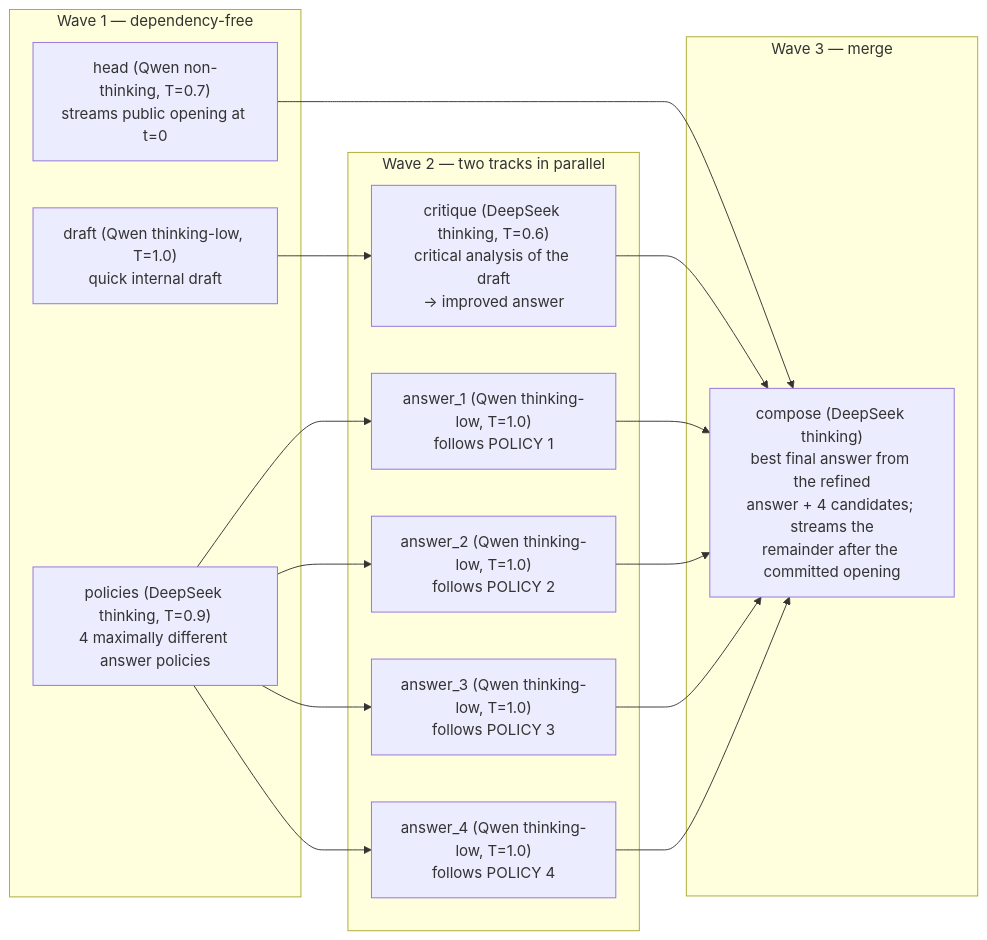
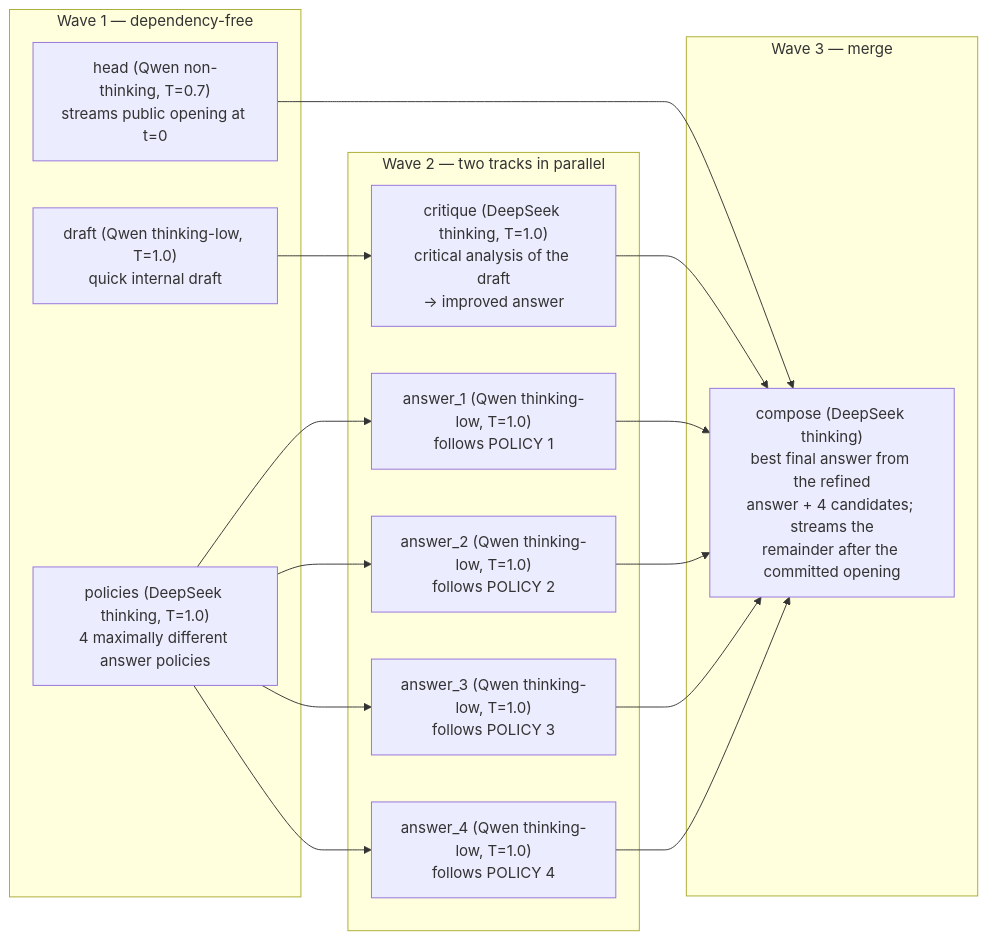
The diagram in examples/qwen3.8-deepseek-v4-8gpu/README.md (ytworks/kairyu), drawn with Mermaid before and after one commit.

Commit message:
docs: align dual-track sampling diagram

````diff
--- a/examples/qwen3.8-deepseek-v4-8gpu/README.md
+++ b/examples/qwen3.8-deepseek-v4-8gpu/README.md
@@ -36,29 +36,29 @@
 ```mermaid
 flowchart LR
     subgraph W1["Wave 1 — dependency-free"]
         H["head (Qwen non-thinking, T=0.7)<br/>streams public opening at t=0"]
         DR["draft (Qwen thinking-low, T=1.0)<br/>quick internal draft"]
-        PO["policies (DeepSeek thinking, T=0.9)<br/>4 maximally different answer policies"]
+        PO["policies (DeepSeek thinking, T=1.0)<br/>4 maximally different answer policies"]
     end
     subgraph W2["Wave 2 — two tracks in parallel"]
         A1["answer_1 (Qwen thinking-low, T=1.0)<br/>follows POLICY 1"]
         A2["answer_2 (Qwen thinking-low, T=1.0)<br/>follows POLICY 2"]
         A3["answer_3 (Qwen thinking-low, T=1.0)<br/>follows POLICY 3"]
         A4["answer_4 (Qwen thinking-low, T=1.0)<br/>follows POLICY 4"]
-        CR["critique (DeepSeek thinking, T=0.6)<br/>critical analysis of the draft<br/>-> improved answer"]
+        CR["critique (DeepSeek thinking, T=1.0)<br/>critical analysis of the draft<br/>-> improved answer"]
     end
     subgraph W3["Wave 3 — merge"]
         CO["compose (DeepSeek thinking)<br/>best final answer from the refined<br/>answer + 4 candidates; streams the<br/>remainder after the committed opening"]
     end
     PO --> A1
     PO --> A2
     PO --> A3
     PO --> A4
     DR --> CR
     H --> CO
     CR --> CO
     A1 --> CO
     A2 --> CO
     A3 --> CO
     A4 --> CO
 ```
````
